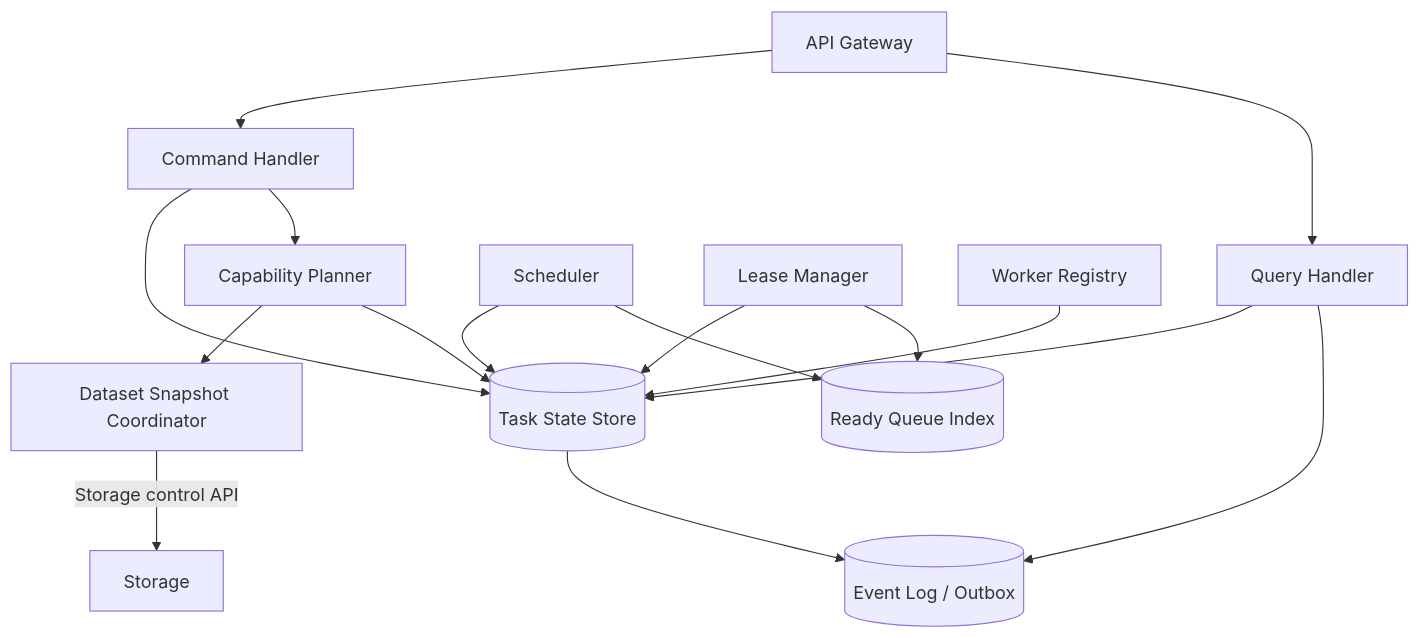
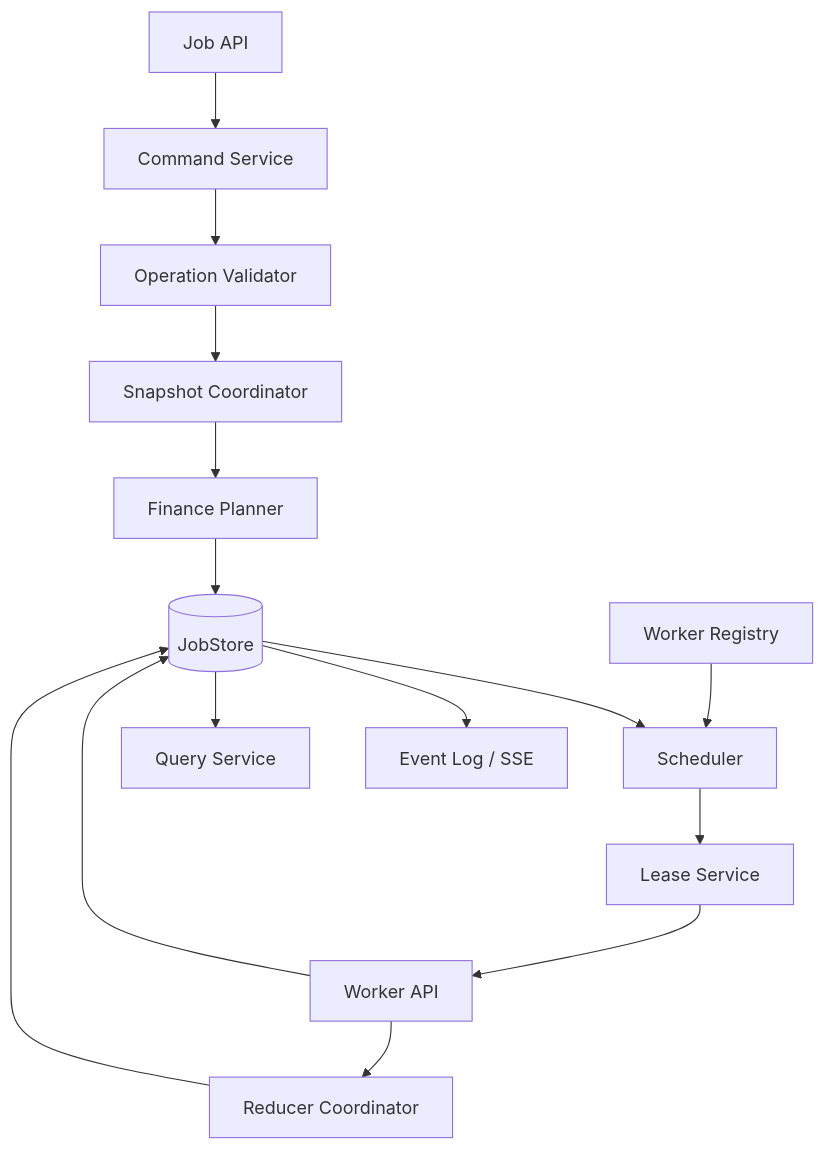
One commit to RESBI/StockStatistic changed the first of 4 diagrams in V31design/designV31/DESIGN_ARCH_DISPATCHER_V31.md. Above: the diagram before and after it, drawn with Mermaid. The commit also changed other lines of this file and 18 other files, not shown here.

Commit message:
V3.1 docs: finalize architecture and delivery plan

````diff
--- a/V31design/designV31/DESIGN_ARCH_DISPATCHER_V31.md
+++ b/V31design/designV31/DESIGN_ARCH_DISPATCHER_V31.md
@@ -39,30 +39,17 @@
 ```mermaid
-graph TB
-    G[API Gateway]
-    CH[Command Handler]
-    QH[Query Handler]
-    CP[Capability Planner]
-    DS[Dataset Snapshot Coordinator]
-    SC[Scheduler]
-    LM[Lease Manager]
-    WR[Worker Registry]
-    SS[(Task State Store)]
-    EL[(Event Log / Outbox)]
-    Q[(Ready Queue Index)]
-
-    G --> CH
-    G --> QH
-    CH --> SS
-    CH --> CP
-    CP --> DS
-    DS -->|Storage control API| ST[Storage]
-    CP --> SS
-    SC --> SS
-    SC --> Q
-    LM --> SS
-    LM --> Q
-    WR --> SS
-    QH --> SS
-    QH --> EL
-    SS --> EL
+flowchart TB
+    API[Job API] --> CMD[Command Service]
+    CMD --> VALID[Operation Validator]
+    VALID --> SNAP[Snapshot Coordinator]
+    SNAP --> PLAN[Finance Planner]
+    PLAN --> STORE[(JobStore)]
+    STORE --> SCHED[Scheduler]
+    REG[Worker Registry] --> SCHED
+    SCHED --> LEASE[Lease Service]
+    LEASE --> WAPI[Worker API]
+    WAPI --> STORE
+    WAPI --> REDUCE[Reducer Coordinator]
+    REDUCE --> STORE
+    STORE --> EVT[Event Log / SSE]
+    STORE --> QUERY[Query Service]
 ```
````
